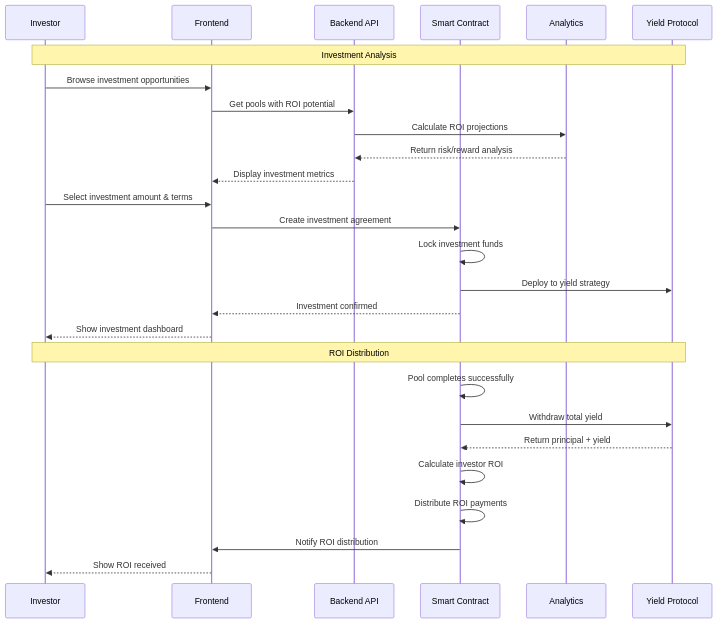
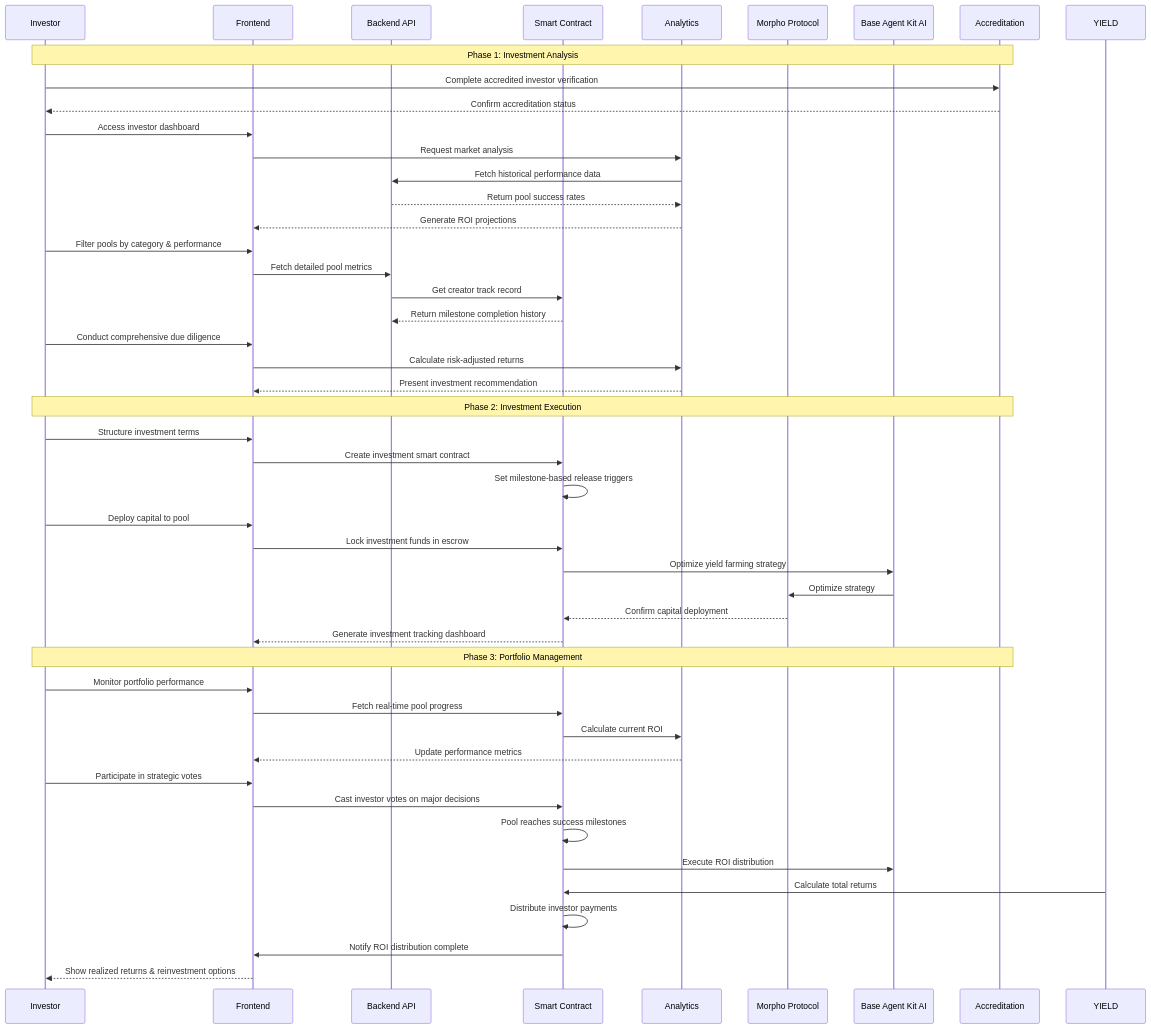
The seventh of 11 diagrams in README.md (UPool-Fun/UPool), drawn with Mermaid before and after one commit. The commit also changed other lines of this file and 4 other files, not shown here.

````diff
--- a/README.md
+++ b/README.md
@@ -275,32 +315,54 @@
 ```mermaid
 sequenceDiagram
     participant I as Investor
     participant UI as Frontend
     participant API as Backend API
     participant SC as Smart Contract
     participant ANALYTICS as Analytics
-    participant YIELD as Yield Protocol
+    participant MORPHO as Morpho Protocol
+    participant AGENT as Base Agent Kit AI
+    participant KYC as Accreditation
     
-    Note over I,YIELD: Investment Analysis
-    I->>UI: Browse investment opportunities
-    UI->>API: Get pools with ROI potential
-    API->>ANALYTICS: Calculate ROI projections
-    ANALYTICS-->>API: Return risk/reward analysis
-    API-->>UI: Display investment metrics
+    Note over I,KYC: Phase 1: Investment Analysis
+    I->>KYC: Complete accredited investor verification
+    KYC-->>I: Confirm accreditation status
+    I->>UI: Access investor dashboard
+    UI->>ANALYTICS: Request market analysis
+    ANALYTICS->>API: Fetch historical performance data
+    API-->>ANALYTICS: Return pool success rates
+    ANALYTICS-->>UI: Generate ROI projections
     
-    I->>UI: Select investment amount & terms
-    UI->>SC: Create investment agreement
-    SC->>SC: Lock investment funds
-    SC->>YIELD: Deploy to yield strategy
-    SC-->>UI: Investment confirmed
-    UI-->>I: Show investment dashboard
+    I->>UI: Filter pools by category & performance
+    UI->>API: Fetch detailed pool metrics
+    API->>SC: Get creator track record
+    SC-->>API: Return milestone completion history
+    I->>UI: Conduct comprehensive due diligence
+    UI->>ANALYTICS: Calculate risk-adjusted returns
+    ANALYTICS-->>UI: Present investment recommendation
     
-    Note over I,YIELD: ROI Distribution
-    SC->>SC: Pool completes successfully
-    SC->>YIELD: Withdraw total yield
-    YIELD-->>SC: Return principal + yield
-    SC->>SC: Calculate investor ROI
-    SC->>SC: Distribute ROI payments
-    SC->>UI: Notify ROI distribution
-    UI-->>I: Show ROI received
+    Note over I,KYC: Phase 2: Investment Execution
+    I->>UI: Structure investment terms
+    UI->>SC: Create investment smart contract
+    SC->>SC: Set milestone-based release triggers
+    I->>UI: Deploy capital to pool
+    UI->>SC: Lock investment funds in escrow
+    SC->>AGENT: Optimize yield farming strategy
+    AGENT->>MORPHO: Optimize strategy
+        MORPHO-->>SC: Confirm capital deployment
+    SC-->>UI: Generate investment tracking dashboard
+    
+    Note over I,KYC: Phase 3: Portfolio Management
+    I->>UI: Monitor portfolio performance
+    UI->>SC: Fetch real-time pool progress
+    SC->>ANALYTICS: Calculate current ROI
+    ANALYTICS-->>UI: Update performance metrics
+    I->>UI: Participate in strategic votes
+    UI->>SC: Cast investor votes on major decisions
+    
+    SC->>SC: Pool reaches success milestones
+    SC->>AGENT: Execute ROI distribution
+    YIELD->>SC: Calculate total returns
+    SC->>SC: Distribute investor payments
+    SC->>UI: Notify ROI distribution complete
+    UI-->>I: Show realized returns & reinvestment options
 ```
````
